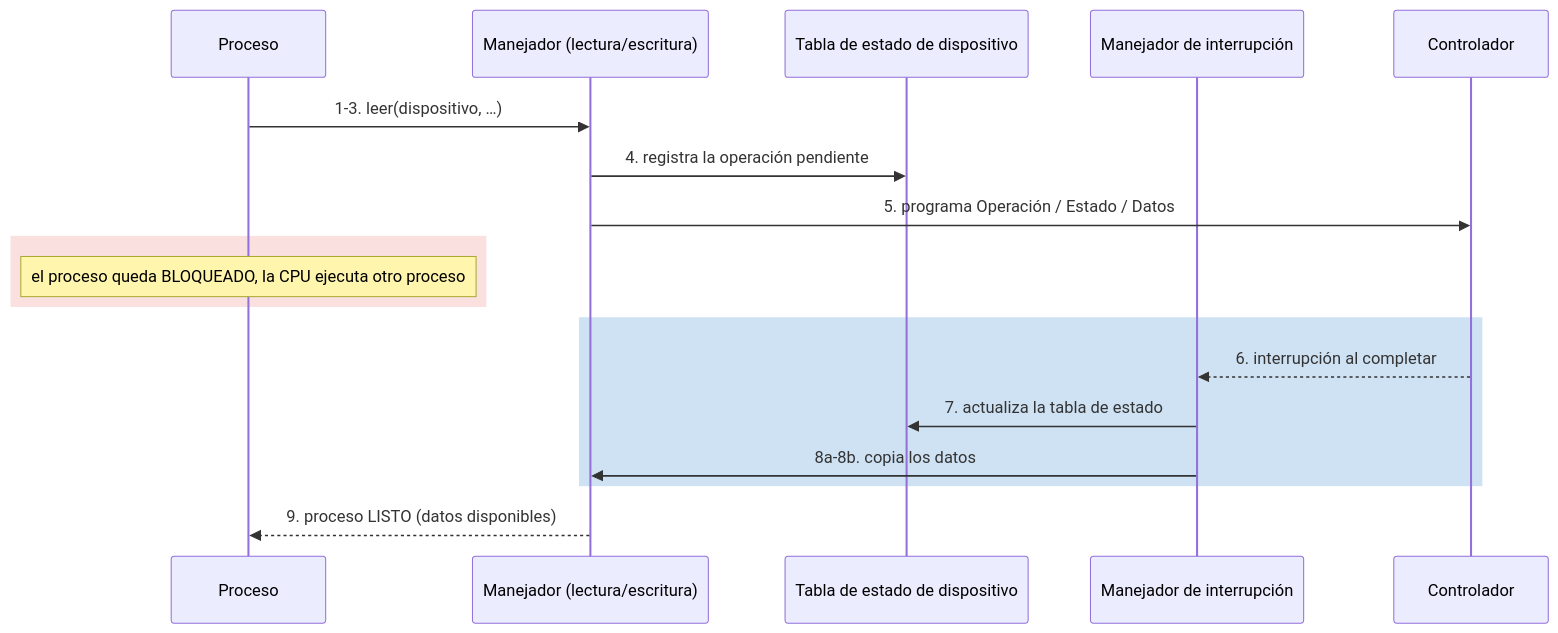
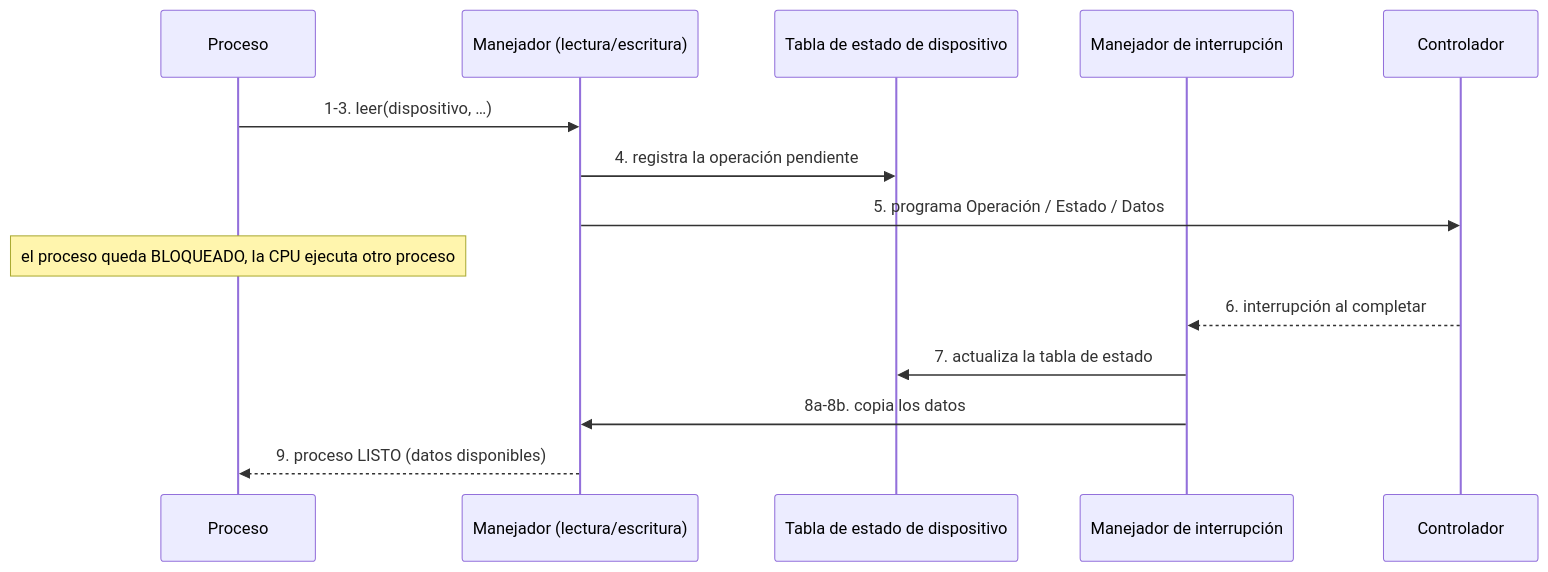
The fourth of 5 diagrams in TEORIA/11-dispositivos-de-es/README.md (asiermarzo/ssoo), drawn with Mermaid before and after one commit. The commit also changed other lines of this file and 12 other files, not shown here.

Commit message:
ajuste subrects de mermaids

````diff
--- a/TEORIA/11-dispositivos-de-es/README.md
+++ b/TEORIA/11-dispositivos-de-es/README.md
@@ -95,20 +91,16 @@
 ```mermaid
 sequenceDiagram
     participant P as Proceso
     participant D as Manejador (lectura/escritura)
     participant T as Tabla de estado de dispositivo
     participant MI as Manejador de interrupción
     participant C as Controlador
     P->>D: 1-3. leer(dispositivo, …)
     D->>T: 4. registra la operación pendiente
     D->>C: 5. programa Operación / Estado / Datos
-    rect rgb(251, 224, 224)
-        Note over P: el proceso queda BLOQUEADO, la CPU ejecuta otro proceso
-    end
-    rect rgb(207, 226, 243)
-        C-->>MI: 6. interrupción al completar
-        MI->>T: 7. actualiza la tabla de estado
-        MI->>D: 8a-8b. copia los datos
-    end
+    Note over P: el proceso queda BLOQUEADO, la CPU ejecuta otro proceso
+    C-->>MI: 6. interrupción al completar
+    MI->>T: 7. actualiza la tabla de estado
+    MI->>D: 8a-8b. copia los datos
     D-->>P: 9. proceso LISTO (datos disponibles)
 ```
````
